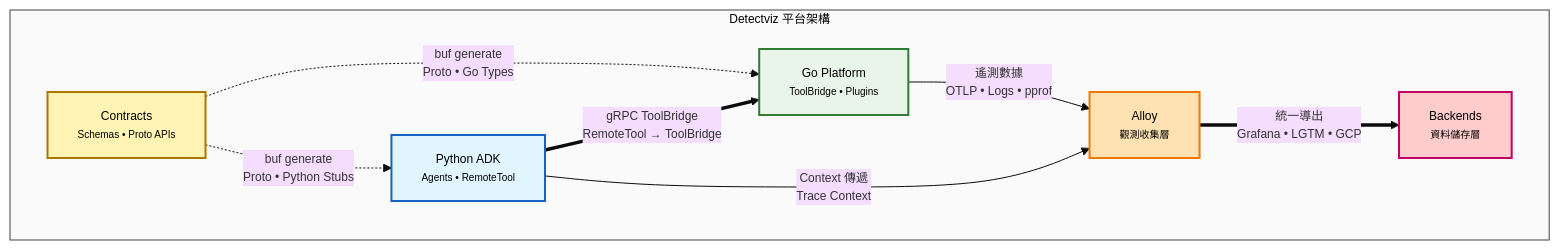
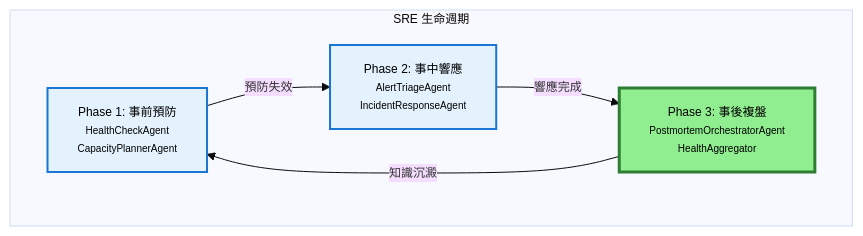
One commit to detectviz/detectviz-platform changed the first of 4 diagrams in README.md. Above: the diagram before and after it, drawn with Mermaid. The commit also changed other lines of this file and 23 other files, not shown here.

````diff
--- a/README.md
+++ b/README.md
@@ -27,30 +20,18 @@
 ```mermaid
 %%{init: {'theme':'base', 'themeVariables': {'fontFamily': 'arial', 'fontSize': '12px'}}}%%
 
 graph LR
-  subgraph CORE["Detectviz 平台架構"]
-  direction LR
-      style CORE fill:#fafafa,stroke:#424242,stroke-width:1px,color:#000
-
-      C["Contracts<br/><small>Schemas • Proto APIs</small>"]:::contract
-      G["Go Platform<br/><small>ToolBridge • Plugins</small>"]:::go
-      P["Python ADK<br/><small>Agents • RemoteTool</small>"]:::python
-      A["Alloy<br/><small>觀測收集層</small>"]:::alloy
-      B["Backends<br/><small>資料儲存層</small>"]:::backend
-  end
-
-  %% 資料流向
-  C -.->|buf generate<br/>Proto • Go Types| G
-  C -.->|buf generate<br/>Proto • Python Stubs| P
-  P ==>|gRPC ToolBridge<br/>RemoteTool → ToolBridge| G
-  G -->|遙測數據<br/>OTLP • Logs • pprof| A
-  P -->|Context 傳遞<br/>Trace Context| A
-  A ==>|統一導出<br/>Grafana • LGTM • GCP| B
-
-  %% 顏色定義
-  classDef contract fill:#FFF4B3,stroke:#AA7700,stroke-width:2px,color:#000
-  classDef go fill:#e8f5e8,stroke:#2e7d32,stroke-width:2px,color:#000
-  classDef python fill:#e1f5fe,stroke:#1565c0,stroke-width:2px,color:#000
-  classDef alloy fill:#FFE2B3,stroke:#EE7700,stroke-width:2px,color:#000
-  classDef backend fill:#FFCCCC,stroke:#C10066,stroke-width:2px,color:#000
+    subgraph "SRE 生命週期"
+        direction LR
+        P1["Phase 1: 事前預防<br/><small>HealthCheckAgent</small><br/><small>CapacityPlannerAgent</small>"]:::future
+        P2["Phase 2: 事中響應<br/><small>AlertTriageAgent</small><br/><small>IncidentResponseAgent</small>"]:::future  
+        P3["Phase 3: 事後複盤<br/><small>PostmortemOrchestratorAgent</small><br/><small>HealthAggregator</small>"]:::mvp
+    end
+    
+    P1 -->|"預防失效"| P2
+    P2 -->|"響應完成"| P3  
+    P3 -->|"知識沉澱"| P1
+    
+    classDef mvp fill:#90EE90,stroke:#2e7d32,stroke-width:3px,color:#000
+    classDef future fill:#E3F2FD,stroke:#1976D2,stroke-width:2px,color:#000
 ```
````
